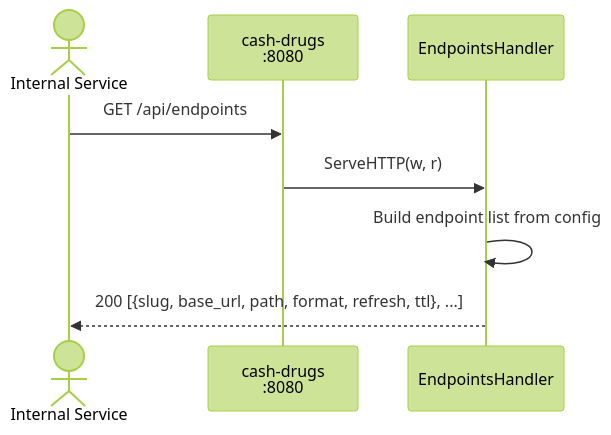
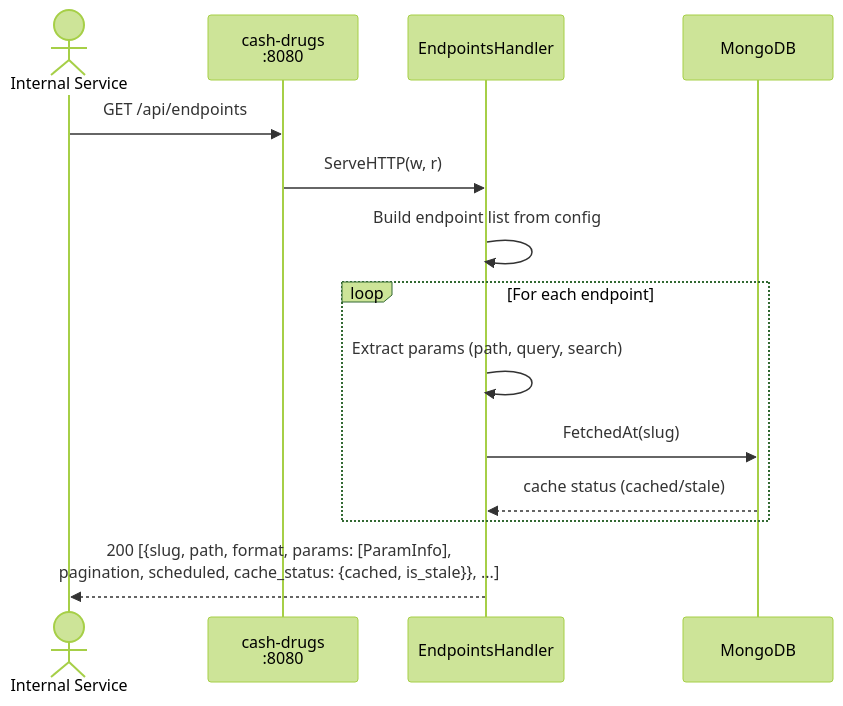
Before and after one commit to finish06/cash-drugs: diagram 11 of 26 in docs/sequence-diagram.md, drawn with Mermaid (forest theme). The commit also changed other lines of this file and 6 other files, not shown here.

First line of the commit message:
docs: sync all docs after M15+M16 — manifest, diagrams, swagger, README

````diff
--- a/docs/sequence-diagram.md
+++ b/docs/sequence-diagram.md
@@ -451,11 +451,17 @@
 ```mermaid
 sequenceDiagram
     actor Client as Internal Service
     participant GW as cash-drugs<br/>:8080
     participant EH as EndpointsHandler
+    participant DB as MongoDB
 
     Client->>GW: GET /api/endpoints
     GW->>EH: ServeHTTP(w, r)
     EH->>EH: Build endpoint list from config
-    EH-->>Client: 200 [{slug, base_url, path, format, refresh, ttl}, ...]
+    loop For each endpoint
+        EH->>EH: Extract params (path, query, search)
+        EH->>DB: FetchedAt(slug)
+        DB-->>EH: cache status (cached/stale)
+    end
+    EH-->>Client: 200 [{slug, path, format, params: [ParamInfo],<br/>pagination, scheduled, cache_status: {cached, is_stale}}, ...]
 ```
````
